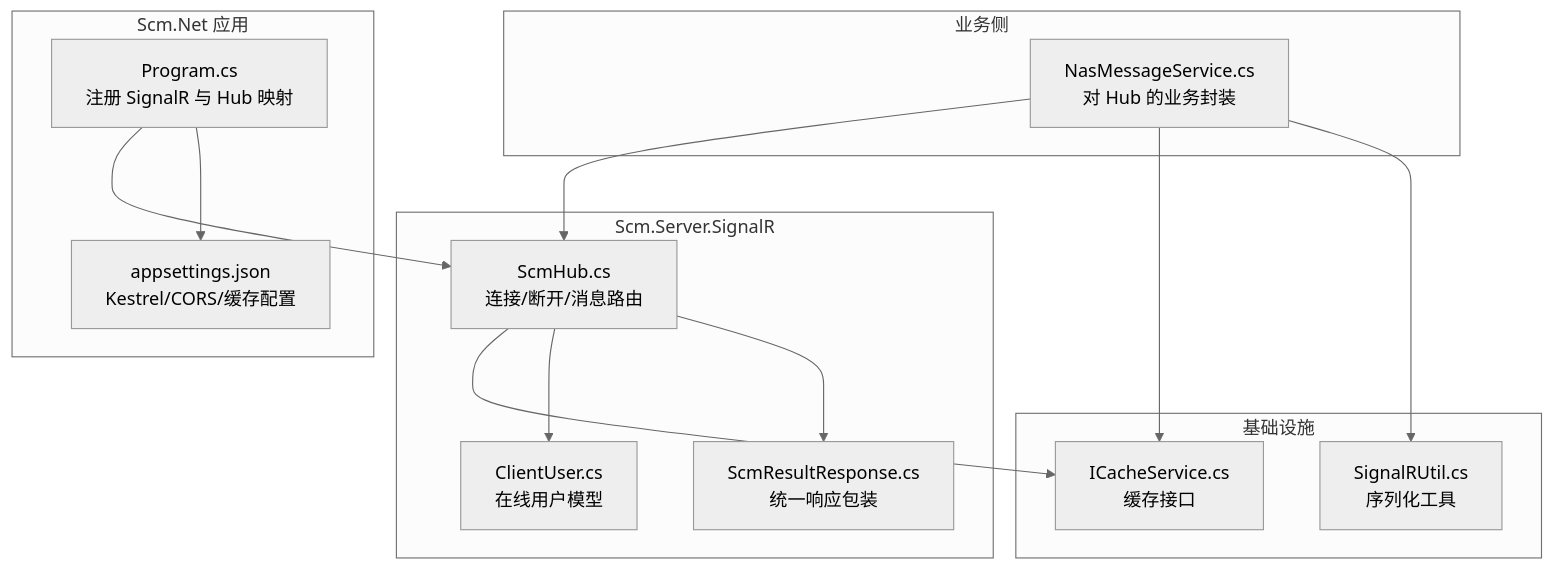
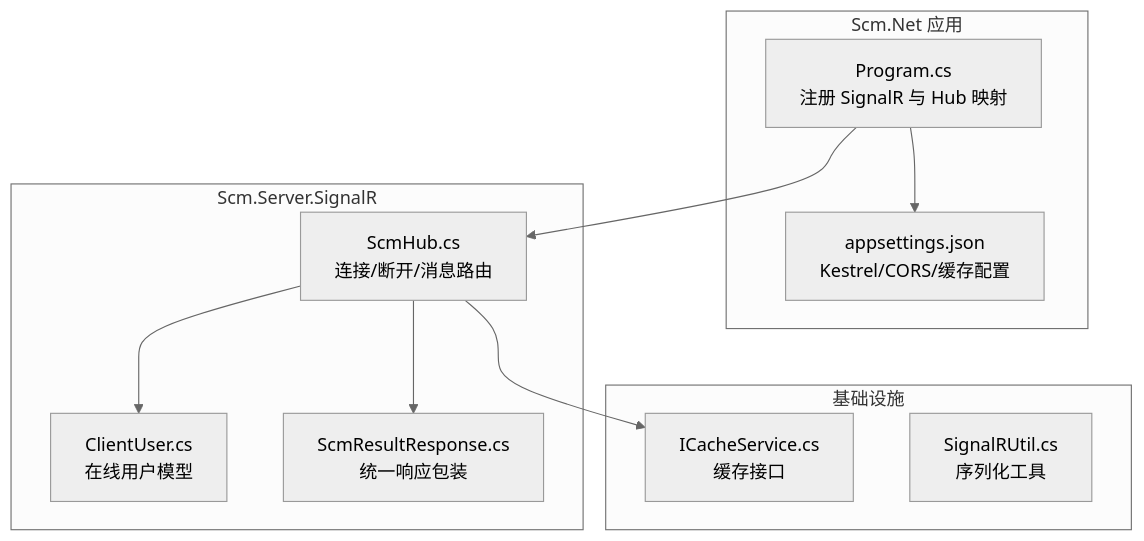
Before and after one commit to leadiot/Scm.Net: the first of 7 diagrams in .qoder/repowiki/zh/content/实时通信系统/实时通信系统.md, drawn with Mermaid (neutral theme). The commit also changed other lines of this file and 17 other files, not shown here.

````diff
--- a/.qoder/repowiki/zh/content/实时通信系统/实时通信系统.md
+++ b/.qoder/repowiki/zh/content/实时通信系统/实时通信系统.md
@@ -48,27 +46,21 @@
 ```mermaid
 graph TB
 subgraph "Scm.Net 应用"
 A["Program.cs<br/>注册 SignalR 与 Hub 映射"]
 B["appsettings.json<br/>Kestrel/CORS/缓存配置"]
 end
 subgraph "Scm.Server.SignalR"
 C["ScmHub.cs<br/>连接/断开/消息路由"]
 D["ClientUser.cs<br/>在线用户模型"]
 E["ScmResultResponse.cs<br/>统一响应包装"]
 end
-subgraph "业务侧"
-F["NasMessageService.cs<br/>对 Hub 的业务封装"]
-end
 subgraph "基础设施"
-G["ICacheService.cs<br/>缓存接口"]
-H["SignalRUtil.cs<br/>序列化工具"]
+F["ICacheService.cs<br/>缓存接口"]
+G["SignalRUtil.cs<br/>序列化工具"]
 end
 A --> C
 A --> B
-F --> C
-C --> G
-F --> G
+C --> F
 C --> D
 C --> E
-F --> H
 ```
````
